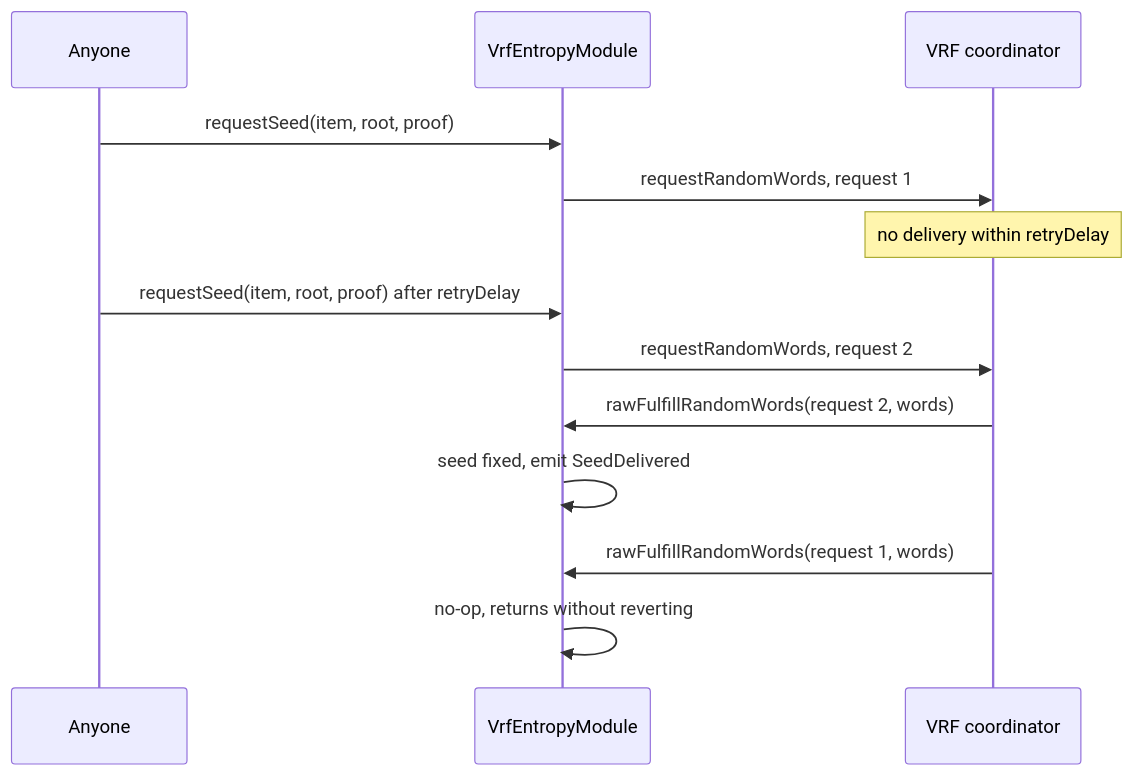
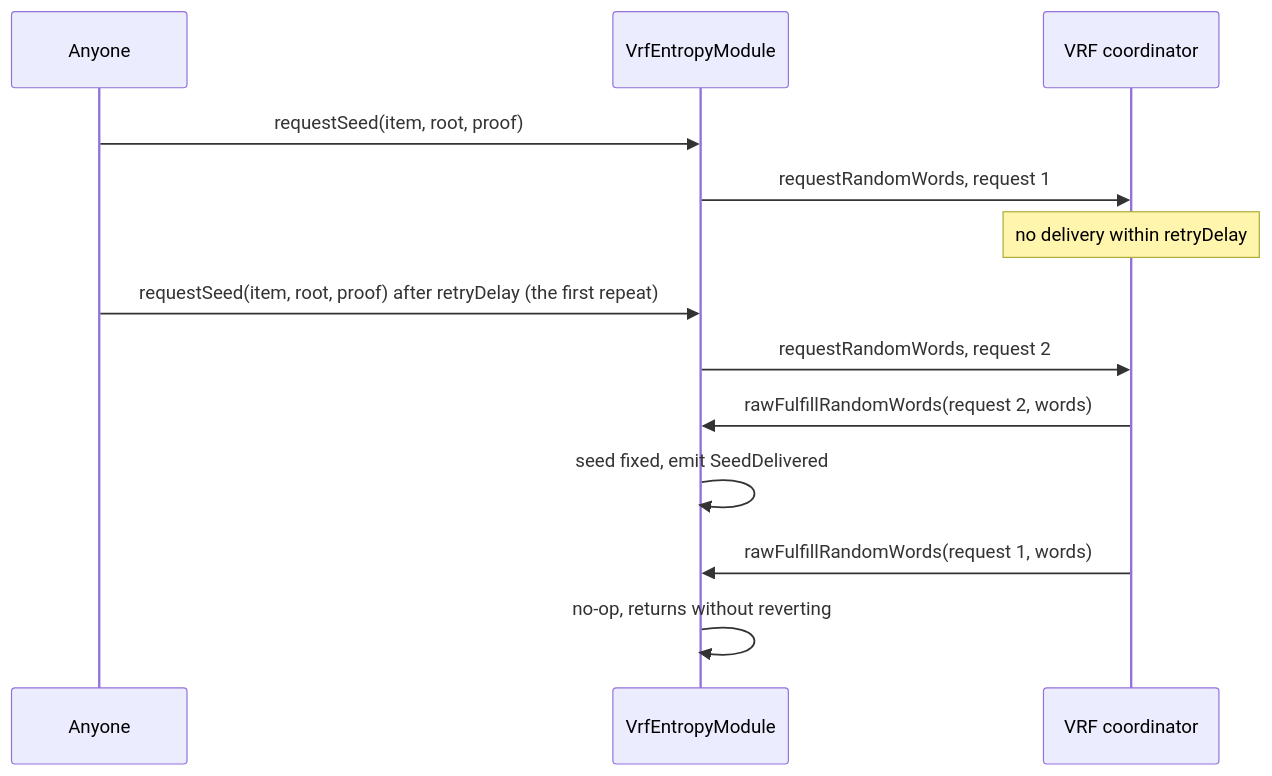
One commit to 6529-Collections/6529-works changed the fourth of 5 diagrams in docs/spec/entropy.md. Above: the diagram before and after it, drawn with Mermaid. The commit also changed other lines of this file and 82 other files, not shown here.

````diff
--- a/docs/spec/entropy.md
+++ b/docs/spec/entropy.md
@@ -219,15 +262,15 @@
 ```mermaid
 sequenceDiagram
     participant Anyone as Anyone
     participant Module as VrfEntropyModule
     participant Coord as VRF coordinator
     Anyone->>Module: requestSeed(item, root, proof)
     Module->>Coord: requestRandomWords, request 1
     Note over Coord: no delivery within retryDelay
-    Anyone->>Module: requestSeed(item, root, proof) after retryDelay
+    Anyone->>Module: requestSeed(item, root, proof) after retryDelay (the first repeat)
     Module->>Coord: requestRandomWords, request 2
     Coord->>Module: rawFulfillRandomWords(request 2, words)
     Module->>Module: seed fixed, emit SeedDelivered
     Coord->>Module: rawFulfillRandomWords(request 1, words)
     Module->>Module: no-op, returns without reverting
 ```
````
